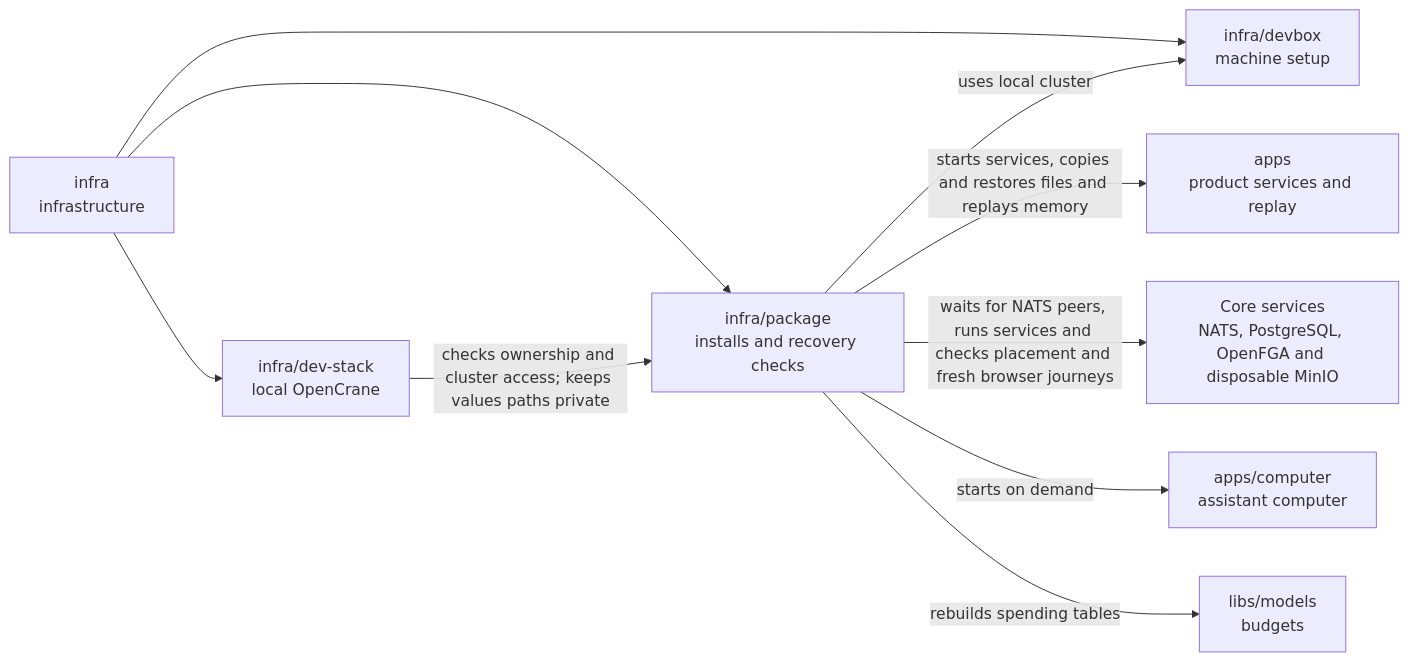
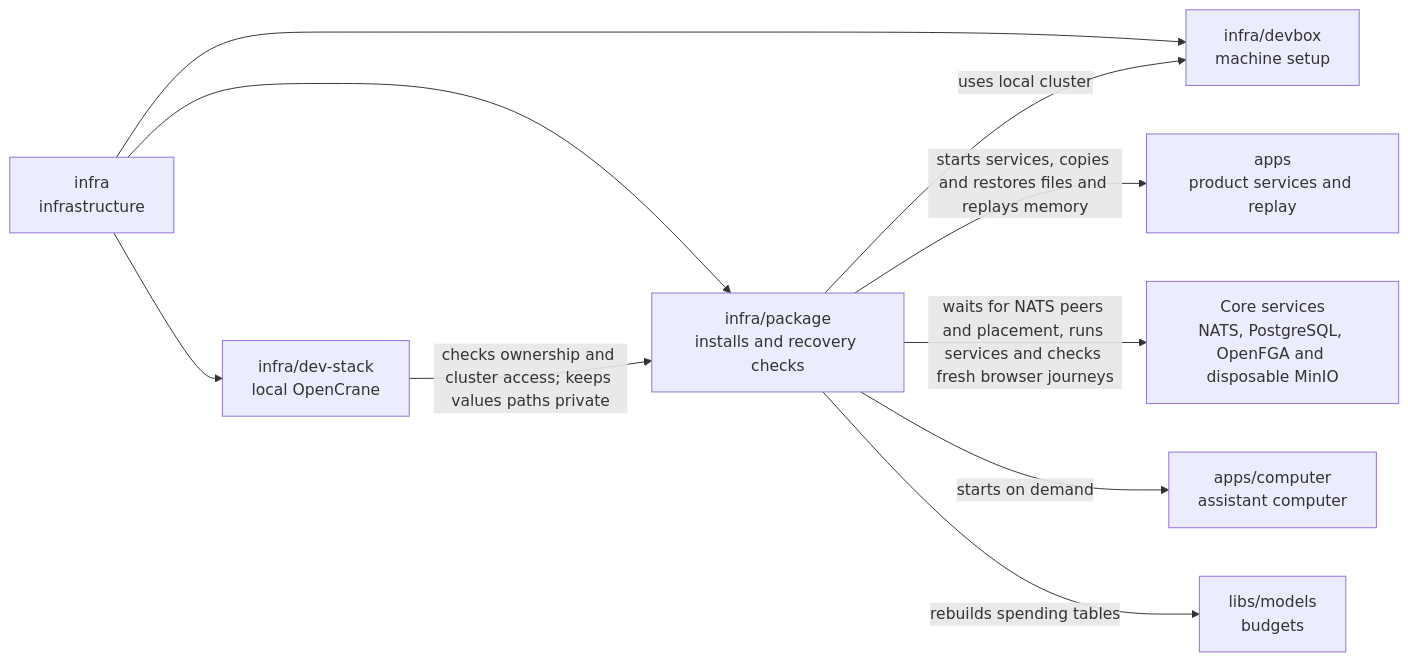
The diagram in infra/package/README.md (elewa-git/opencrane-new), drawn with Mermaid before and after one commit. The commit also changed other lines of this file and 3 other files, not shown here.

````diff
--- a/infra/package/README.md
+++ b/infra/package/README.md
@@ -19,12 +19,12 @@
 ```mermaid
 flowchart LR
   infra["infra<br/>infrastructure"] --> package["infra/package<br/>installs and recovery checks"]
   infra --> stack["infra/dev-stack<br/>local OpenCrane"]
   infra --> devbox["infra/devbox<br/>machine setup"]
   stack -->|checks ownership and cluster access; keeps values paths private| package
   package -->|uses local cluster| devbox
   package -->|starts services, copies and restores files and replays memory| apps["apps<br/>product services and replay"]
-  package -->|waits for NATS peers, runs services and checks placement and fresh browser journeys| services["Core services<br/>NATS, PostgreSQL, OpenFGA and disposable MinIO"]
+  package -->|waits for NATS peers and placement, runs services and checks fresh browser journeys| services["Core services<br/>NATS, PostgreSQL, OpenFGA and disposable MinIO"]
   package -->|starts on demand| computer["apps/computer<br/>assistant computer"]
   package -->|rebuilds spending tables| models["libs/models<br/>budgets"]
 ```
````
